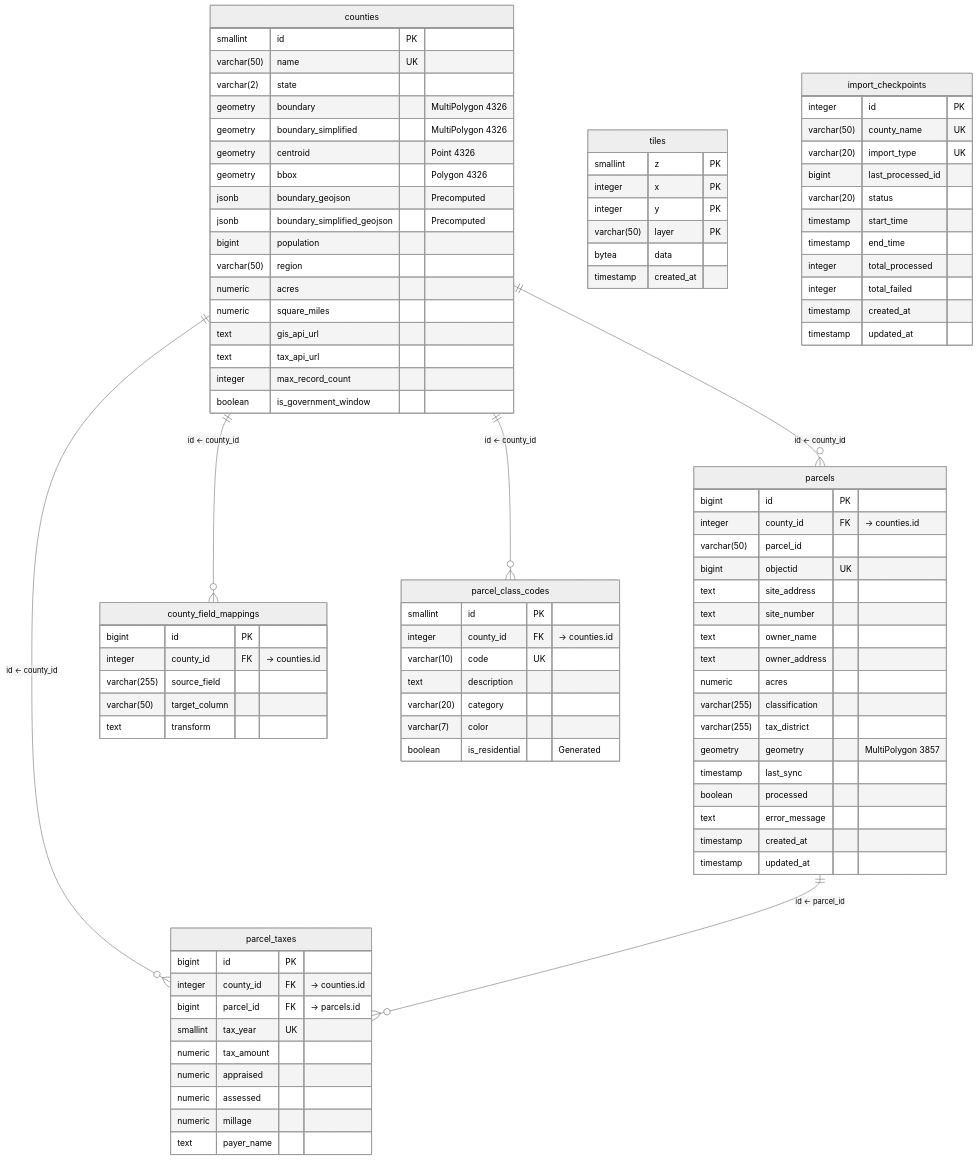
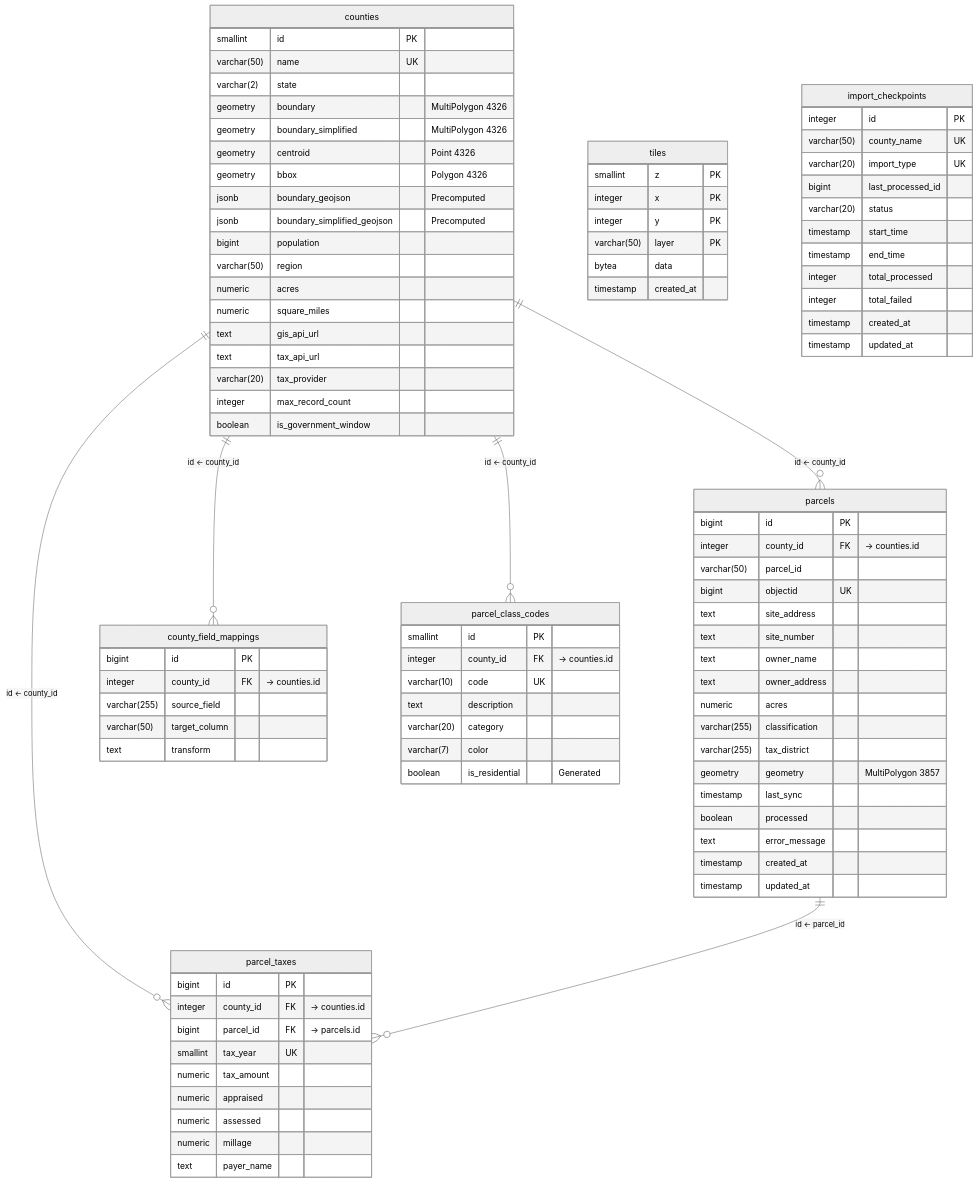
The first of 2 diagrams in db/README.md (renderyourworld/parcel_heatmap), drawn with Mermaid (neutral theme) before and after one commit. The commit also changed other lines of this file and 1 other file, not shown here.

Commit message:
Update readmes

```diff
--- a/db/README.md
+++ b/db/README.md
@@ -58,6 +58,7 @@
         numeric square_miles
         text gis_api_url
         text tax_api_url
+        varchar(20) tax_provider
         integer max_record_count
         boolean is_government_window
     }
```
